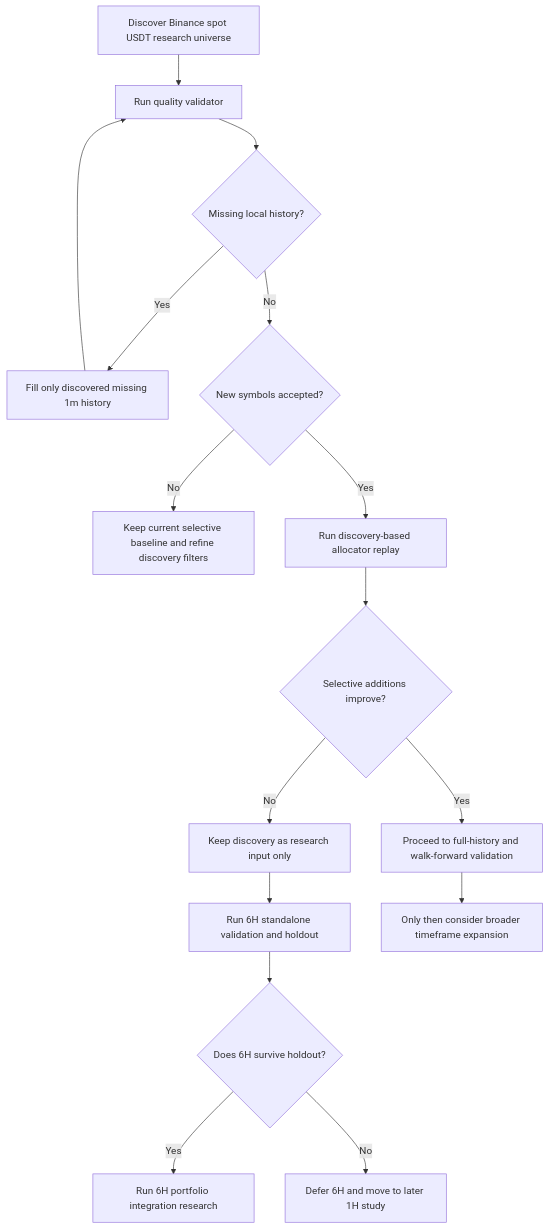
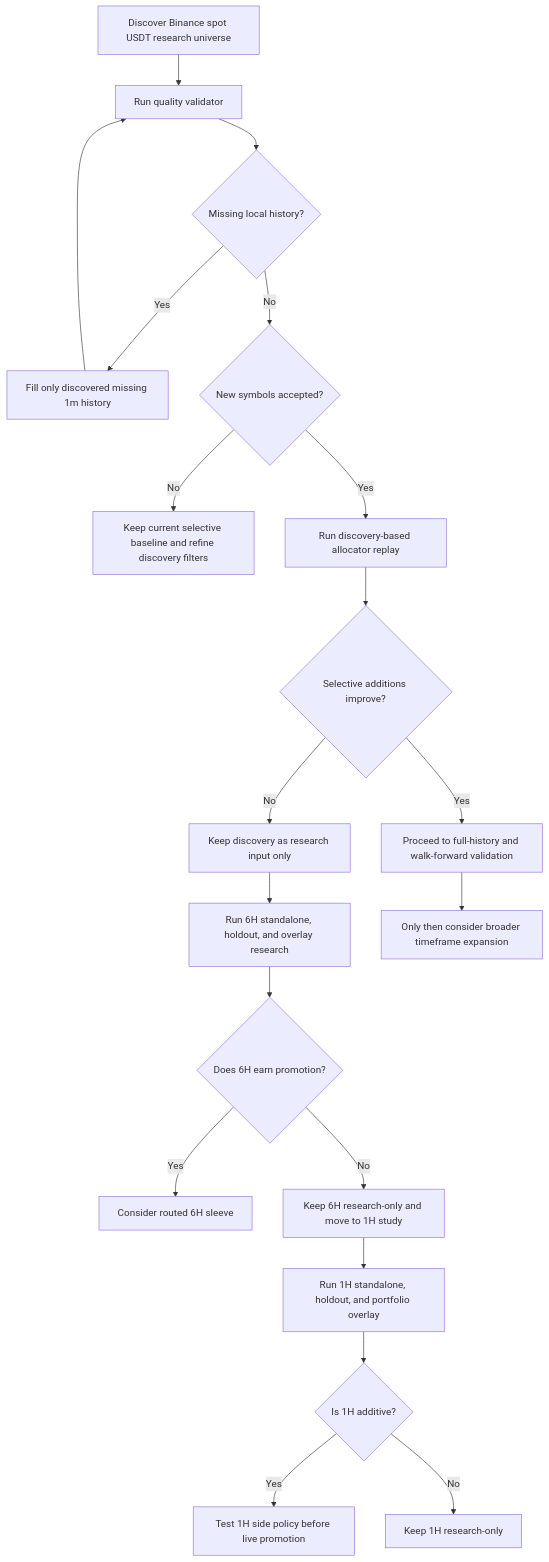
The second of 3 diagrams in README.md (nneupane1/Retail-Trading-System), drawn with Mermaid before and after one commit. The commit also changed other lines of this file and 17 other files, not shown here.

Commit message:
Document 1H overlay research and keep 6H research-only

````diff
--- a/README.md
+++ b/README.md
@@ -1194,18 +1263,22 @@
 ```mermaid
 flowchart TD
     A[Discover Binance spot USDT research universe] --> B[Run quality validator]
     B --> C{Missing local history?}
     C -- Yes --> D[Fill only discovered missing 1m history]
     D --> B
     C -- No --> E{New symbols accepted?}
     E -- No --> F[Keep current selective baseline and refine discovery filters]
     E -- Yes --> G[Run discovery-based allocator replay]
     G --> H{Selective additions improve?}
     H -- Yes --> I[Proceed to full-history and walk-forward validation]
     H -- No --> J[Keep discovery as research input only]
-    J --> K[Run 6H standalone validation and holdout]
-    K --> L{Does 6H survive holdout?}
-    L -- Yes --> M[Run 6H portfolio integration research]
-    L -- No --> N[Defer 6H and move to later 1H study]
-    I --> O[Only then consider broader timeframe expansion]
+    J --> K[Run 6H standalone, holdout, and overlay research]
+    K --> L{Does 6H earn promotion?}
+    L -- Yes --> M[Consider routed 6H sleeve]
+    L -- No --> N[Keep 6H research-only and move to 1H study]
+    N --> O[Run 1H standalone, holdout, and portfolio overlay]
+    O --> P{Is 1H additive?}
+    P -- Yes --> Q[Test 1H side policy before live promotion]
+    P -- No --> R[Keep 1H research-only]
+    I --> S[Only then consider broader timeframe expansion]
 ```
````
